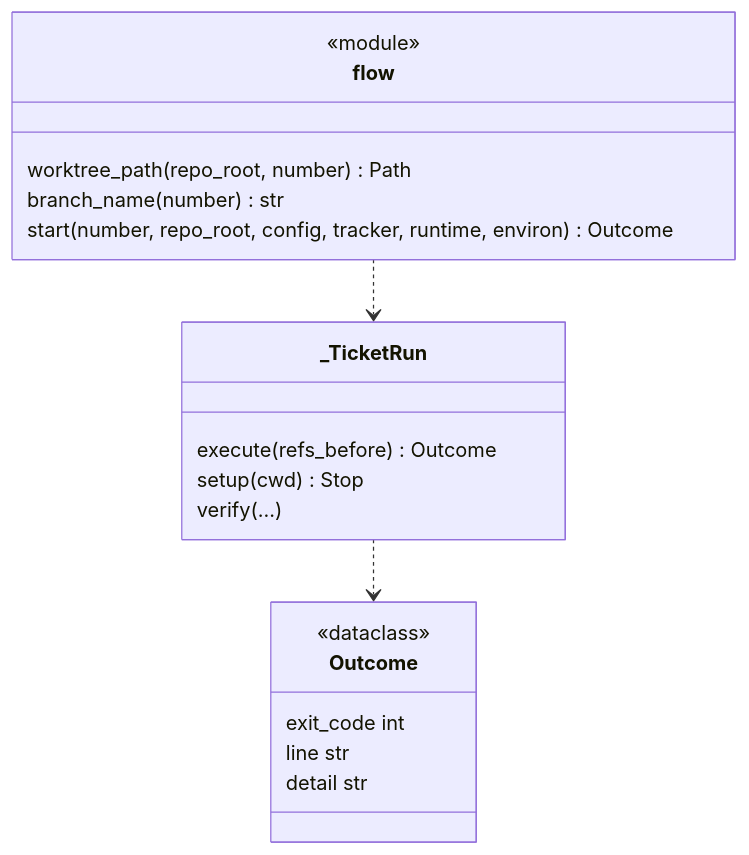
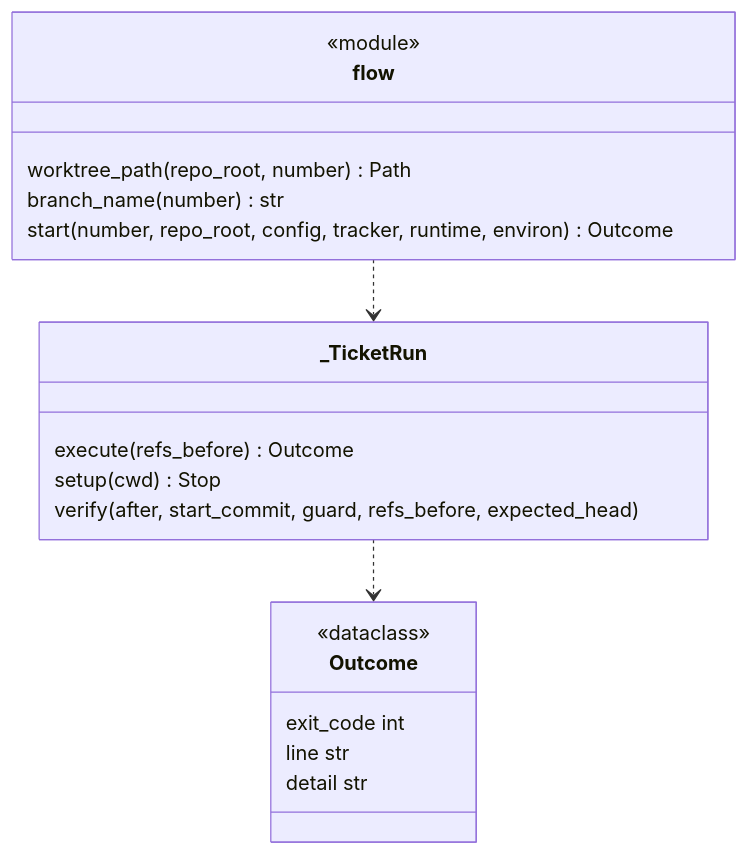
Before and after one commit to plaplanche/ariane: the second of 3 diagrams in docs/architecture/modules/flow.md, drawn with Mermaid. The commit also changed 1 other file, not shown here.

Commit message:
#126: fix round 2

````diff
--- a/docs/architecture/modules/flow.md
+++ b/docs/architecture/modules/flow.md
@@ -72,22 +72,22 @@
 ```mermaid
 classDiagram
 class Outcome {
   <<dataclass>>
   exit_code int
   line str
   detail str
 }
 class _TicketRun {
   execute(refs_before) Outcome
   setup(cwd) Stop
-  verify(...)
+  verify(after, start_commit, guard, refs_before, expected_head)
 }
 class flow {
   <<module>>
   worktree_path(repo_root, number) Path
   branch_name(number) str
   start(number, repo_root, config, tracker, runtime, environ) Outcome
 }
 flow ..> _TicketRun
 _TicketRun ..> Outcome
 ```
````
